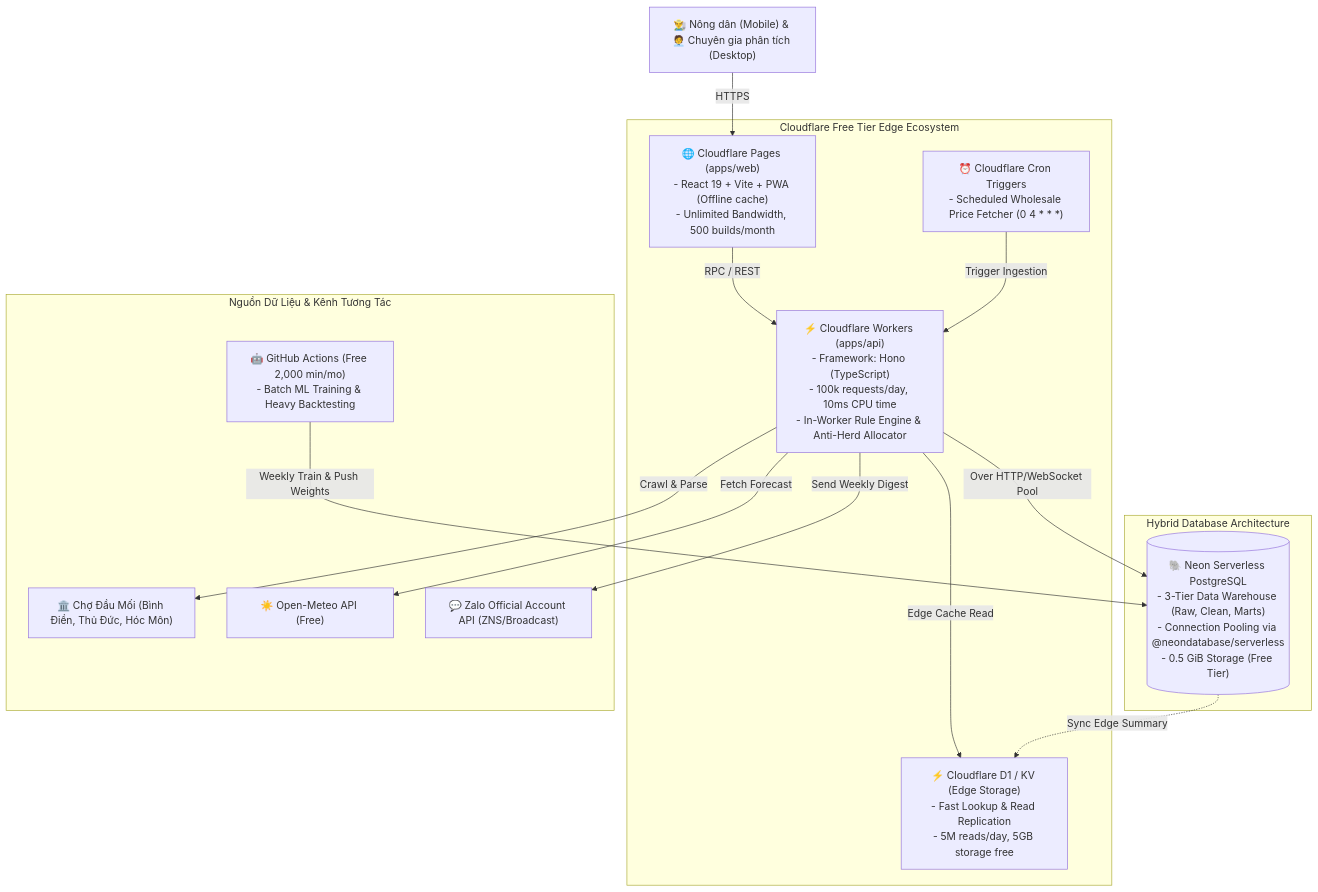
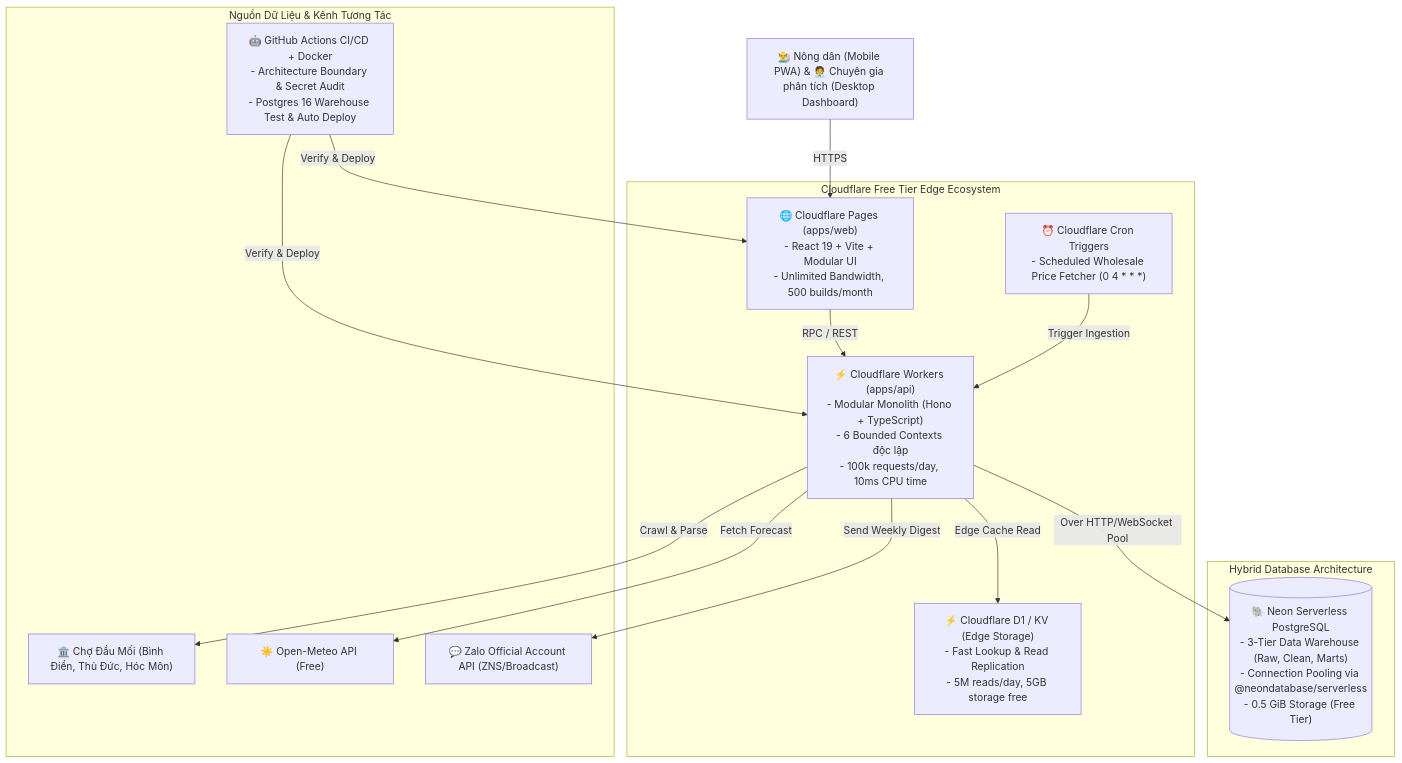
The diagram in context/architecture.md (MIS-or/AgriData-Platform), drawn with Mermaid before and after one commit. The commit also changed other lines of this file and 83 other files, not shown here.

Commit message:
refactor(architecture): structure codebase into modular monolith with strict module boundaries

````diff
--- a/context/architecture.md
+++ b/context/architecture.md
@@ -5,33 +5,33 @@
 ```mermaid
 graph TD
-    User["👨‍🌾 Nông dân (Mobile) & 🧑‍💼 Chuyên gia phân tích (Desktop)"]
+    User["👨‍🌾 Nông dân (Mobile PWA) & 🧑‍💼 Chuyên gia phân tích (Desktop Dashboard)"]
     
     subgraph Cloudflare_Free_Tier ["Cloudflare Free Tier Edge Ecosystem"]
-        Pages["🌐 Cloudflare Pages (apps/web)\n- React 19 + Vite + PWA (Offline cache)\n- Unlimited Bandwidth, 500 builds/month"]
-        Worker["⚡ Cloudflare Workers (apps/api)\n- Framework: Hono (TypeScript)\n- 100k requests/day, 10ms CPU time\n- In-Worker Rule Engine & Anti-Herd Allocator"]
+        Pages["🌐 Cloudflare Pages (apps/web)\n- React 19 + Vite + Modular UI\n- Unlimited Bandwidth, 500 builds/month"]
+        Worker["⚡ Cloudflare Workers (apps/api)\n- Modular Monolith (Hono + TypeScript)\n- 6 Bounded Contexts độc lập\n- 100k requests/day, 10ms CPU time"]
         CronTrigger["⏰ Cloudflare Cron Triggers\n- Scheduled Wholesale Price Fetcher (0 4 * * *)"]
         EdgeCache["⚡ Cloudflare D1 / KV (Edge Storage)\n- Fast Lookup & Read Replication\n- 5M reads/day, 5GB storage free"]
     end
 
     subgraph Data_Storage ["Hybrid Database Architecture"]
         NeonDB[("🐘 Neon Serverless PostgreSQL\n- 3-Tier Data Warehouse (Raw, Clean, Marts)\n- Connection Pooling via @neondatabase/serverless\n- 0.5 GiB Storage (Free Tier)")]
     end
 
     subgraph External_Actors ["Nguồn Dữ Liệu & Kênh Tương Tác"]
         Markets["🏛️ Chợ Đầu Mối (Bình Điền, Thủ Đức, Hóc Môn)"]
         Weather["☀️ Open-Meteo API (Free)"]
         Zalo["💬 Zalo Official Account API (ZNS/Broadcast)"]
-        GHActions["🤖 GitHub Actions (Free 2,000 min/mo)\n- Batch ML Training & Heavy Backtesting"]
+        GHActions["🤖 GitHub Actions CI/CD + Docker\n- Architecture Boundary & Secret Audit\n- Postgres 16 Warehouse Test & Auto Deploy"]
     end
 
     User -->|HTTPS| Pages
     Pages -->|RPC / REST| Worker
     Worker -->|Edge Cache Read| EdgeCache
     Worker -->|Over HTTP/WebSocket Pool| NeonDB
     CronTrigger -->|Trigger Ingestion| Worker
     Worker -->|Crawl & Parse| Markets
     Worker -->|Fetch Forecast| Weather
     Worker -->|Send Weekly Digest| Zalo
-    GHActions -->|Weekly Train & Push Weights| NeonDB
-    NeonDB -.->|Sync Edge Summary| EdgeCache
+    GHActions -->|Verify & Deploy| Worker
+    GHActions -->|Verify & Deploy| Pages
 ```
````
